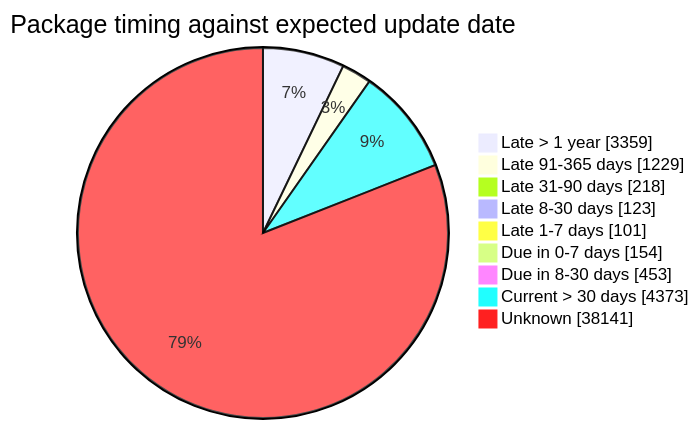
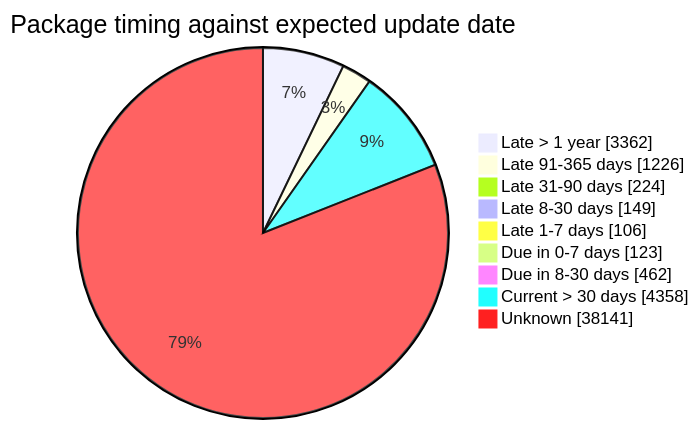
The fourth of 5 diagrams in FreshCheck/README.md (open-data/analytics-corporate-reporting), drawn with Mermaid before and after one commit. The commit also changed other lines of this file and 3 other files, not shown here.

````diff
--- a/FreshCheck/README.md
+++ b/FreshCheck/README.md
@@ -86,12 +86,12 @@
 ```mermaid
 pie showData title Package timing against expected update date
-    "Late > 1 year": 3359
-    "Late 91-365 days": 1229
-    "Late 31-90 days": 218
-    "Late 8-30 days": 123
-    "Late 1-7 days": 101
-    "Due in 0-7 days": 154
-    "Due in 8-30 days": 453
-    "Current > 30 days": 4373
+    "Late > 1 year": 3362
+    "Late 91-365 days": 1226
+    "Late 31-90 days": 224
+    "Late 8-30 days": 149
+    "Late 1-7 days": 106
+    "Due in 0-7 days": 123
+    "Due in 8-30 days": 462
+    "Current > 30 days": 4358
     "Unknown": 38141
 ```
````
